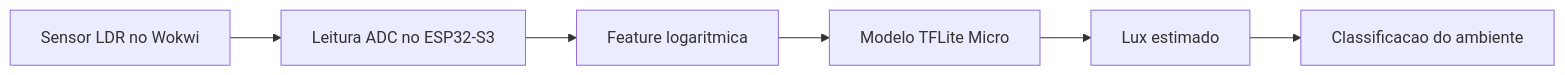
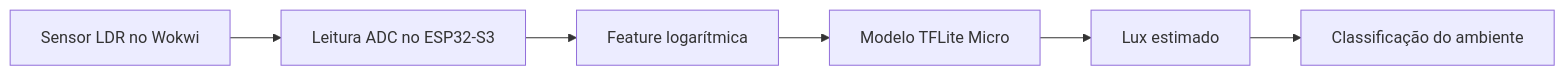
The first of 3 diagrams in README.md (gufsousa/projeto-ii-calibracao-de-iluminacao-com-ldr-no-esp32s3), drawn with Mermaid before and after one commit. The commit also changed other lines of this file and 4 other files, not shown here.

````diff
--- a/README.md
+++ b/README.md
@@ -63,8 +63,8 @@
 ```mermaid
 flowchart LR
     A[Sensor LDR no Wokwi] --> B[Leitura ADC no ESP32-S3]
-    B --> C[Feature logaritmica]
+    B --> C[Feature logarítmica]
     C --> D[Modelo TFLite Micro]
     D --> E[Lux estimado]
-    E --> F[Classificacao do ambiente]
+    E --> F[Classificação do ambiente]
 ```
````
